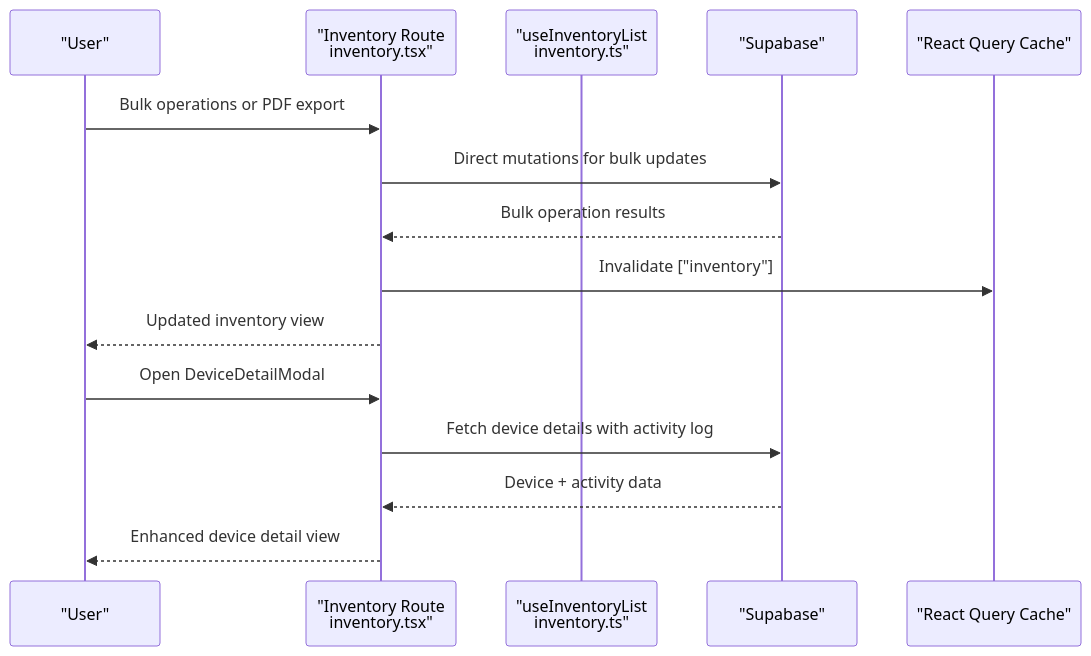
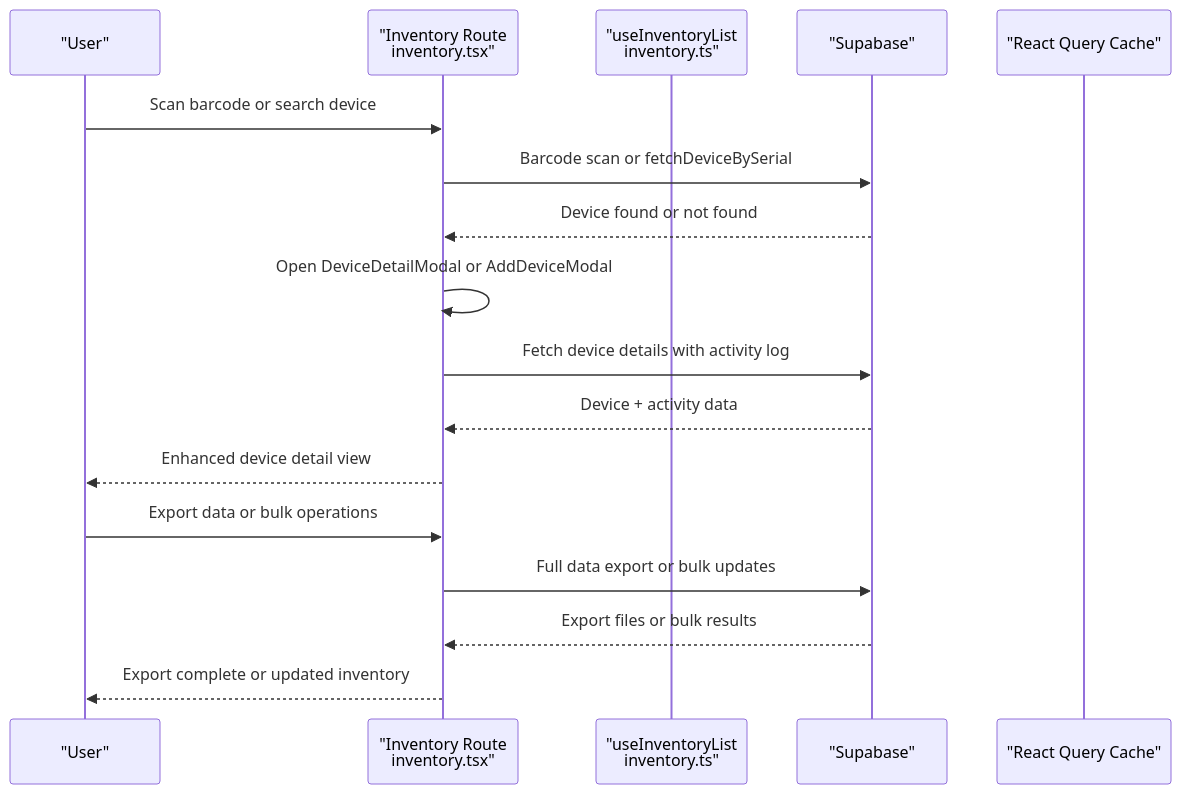
One commit to gastaldellomarco/pcReady changed the second of 14 diagrams in .qoder/repowiki/en/content/Device Management System/Device Inventory Tracking.md. Above: the diagram before and after it, drawn with Mermaid. The commit also changed other lines of this file and 15 other files, not shown here.

First line of the commit message:
Add comprehensive documentation for Barcode Inventory Management and Device Taxonomy System

````diff
--- a/.qoder/repowiki/en/content/Device Management System/Device Inventory Tracking.md
+++ b/.qoder/repowiki/en/content/Device Management System/Device Inventory Tracking.md
@@ -161,17 +179,19 @@
 ```mermaid
 sequenceDiagram
 participant U as "User"
 participant R as "Inventory Route<br/>inventory.tsx"
 participant Q as "useInventoryList<br/>inventory.ts"
 participant S as "Supabase"
 participant C as "React Query Cache"
-U->>R : Bulk operations or PDF export
-R->>S : Direct mutations for bulk updates
-S-->>R : Bulk operation results
-R->>C : Invalidate ["inventory"]
-R-->>U : Updated inventory view
-U->>R : Open DeviceDetailModal
+U->>R : Scan barcode or search device
+R->>S : Barcode scan or fetchDeviceBySerial
+S-->>R : Device found or not found
+R->>R : Open DeviceDetailModal or AddDeviceModal
 R->>S : Fetch device details with activity log
 S-->>R : Device + activity data
 R-->>U : Enhanced device detail view
+U->>R : Export data or bulk operations
+R->>S : Full data export or bulk updates
+S-->>R : Export files or bulk results
+R-->>U : Export complete or updated inventory
 ```
````
